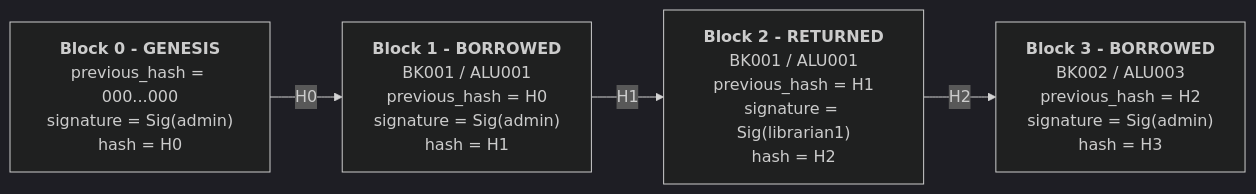
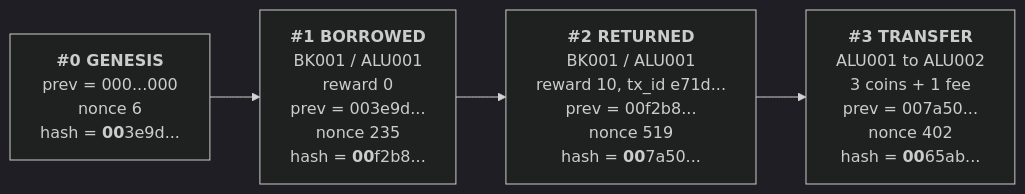
One commit to Noorul-Ayn/blockchain-library-lending-tracker-summative changed the third of 6 diagrams in docs/architecture.md. Above: the diagram before and after it, drawn with Mermaid (dark theme). The commit also changed other lines of this file and 9 other files, not shown here.

Commit message:
Update tests, design diagrams and README for Formative 2

````diff
--- a/docs/architecture.md
+++ b/docs/architecture.md
@@ -51,8 +77,8 @@
 ```mermaid
 flowchart LR
-    G["<b>Block 0 - GENESIS</b><br/>previous_hash = 000...000<br/>signature = Sig(admin)<br/>hash = H0"]
-    B1["<b>Block 1 - BORROWED</b><br/>BK001 / ALU001<br/>previous_hash = H0<br/>signature = Sig(admin)<br/>hash = H1"]
-    B2["<b>Block 2 - RETURNED</b><br/>BK001 / ALU001<br/>previous_hash = H1<br/>signature = Sig(librarian1)<br/>hash = H2"]
-    B3["<b>Block 3 - BORROWED</b><br/>BK002 / ALU003<br/>previous_hash = H2<br/>signature = Sig(admin)<br/>hash = H3"]
-    G -->|H0| B1 -->|H1| B2 -->|H2| B3
+    G["<b>#0 GENESIS</b><br/>prev = 000...000<br/>nonce 6<br/>hash = <b>00</b>3e9d..."]
+    B1["<b>#1 BORROWED</b><br/>BK001 / ALU001<br/>reward 0<br/>prev = 003e9d...<br/>nonce 235<br/>hash = <b>00</b>f2b8..."]
+    B2["<b>#2 RETURNED</b><br/>BK001 / ALU001<br/>reward 10, tx_id e71d...<br/>prev = 00f2b8...<br/>nonce 519<br/>hash = <b>00</b>7a50..."]
+    B3["<b>#3 TRANSFER</b><br/>ALU001 to ALU002<br/>3 coins + 1 fee<br/>prev = 007a50...<br/>nonce 402<br/>hash = <b>00</b>65ab..."]
+    G --> B1 --> B2 --> B3
 ```
````
